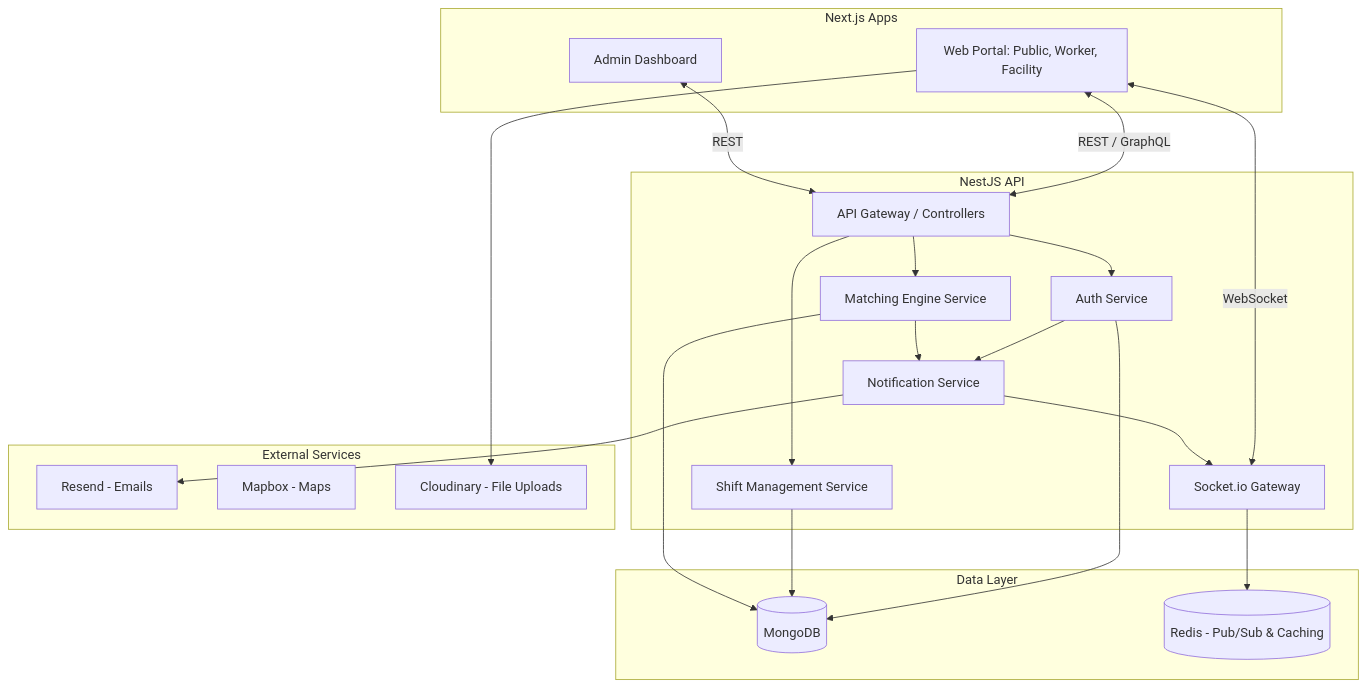
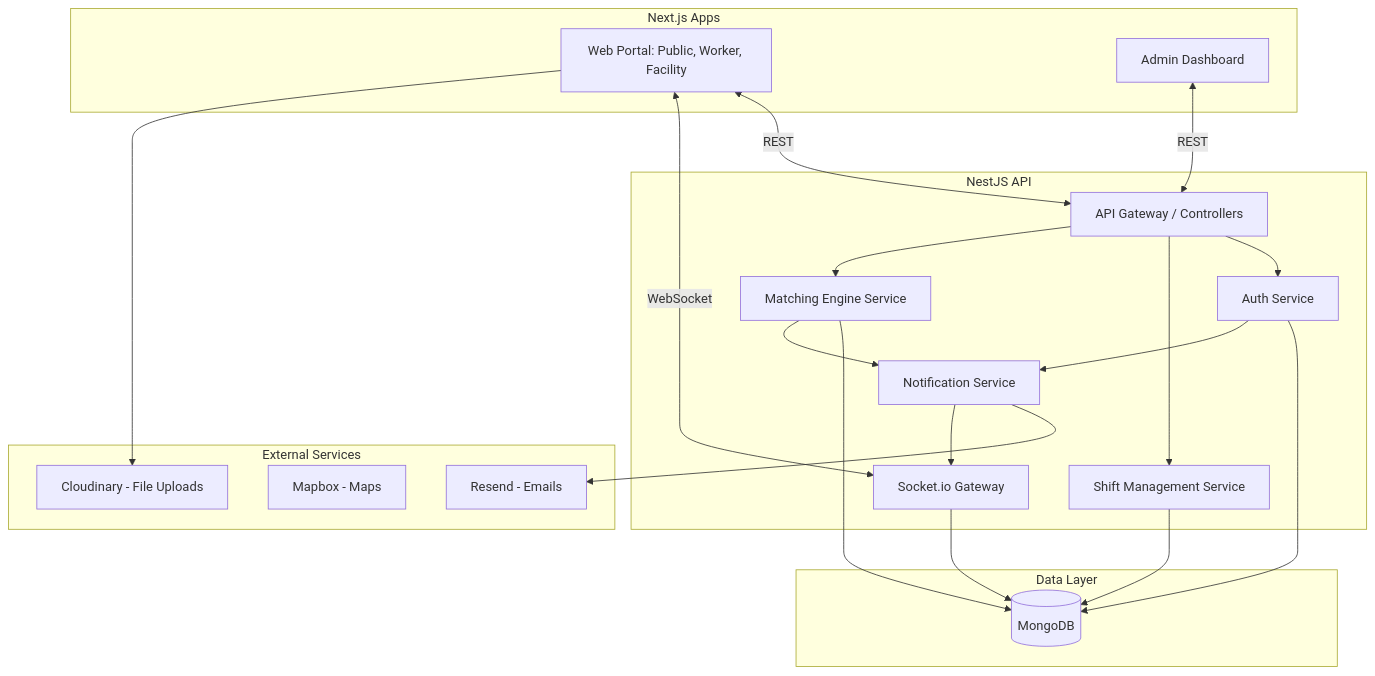
Before and after one commit to ogarpee/MedshiftAPI: the diagram in docs/system_architecture.md, drawn with Mermaid. The commit also changed other lines of this file and 165 other files, not shown here.

````diff
--- a/docs/system_architecture.md
+++ b/docs/system_architecture.md
@@ -9,46 +9,45 @@
 ```mermaid
 graph TD
     subgraph Frontends [Next.js Apps]
         Web[Web Portal: Public, Worker, Facility]
         Admin[Admin Dashboard]
     end
 
     subgraph Backend [NestJS API]
         API_GW[API Gateway / Controllers]
         Auth[Auth Service]
         Shift[Shift Management Service]
         Match[Matching Engine Service]
         Notify[Notification Service]
         WebSocket[Socket.io Gateway]
     end
 
     subgraph Data Layer
         DB[(MongoDB)]
-        Redis[(Redis - Pub/Sub & Caching)]
     end
 
     subgraph External Services
         Resend[Resend - Emails]
         Maps[Mapbox - Maps]
         Cloudinary[Cloudinary - File Uploads]
     end
 
-    Web <-->|REST / GraphQL| API_GW
+    Web <-->|REST| API_GW
     Web <-->|WebSocket| WebSocket
     Admin <-->|REST| API_GW
 
     API_GW --> Auth
     API_GW --> Shift
     API_GW --> Match
     
     Auth --> DB
     Auth --> Notify
     Shift --> DB
     Match --> DB
     Match --> Notify
     
-    WebSocket --> Redis
+    WebSocket --> DB
     Notify --> Resend
     Web --> Cloudinary
     Notify --> WebSocket
 ```
````
